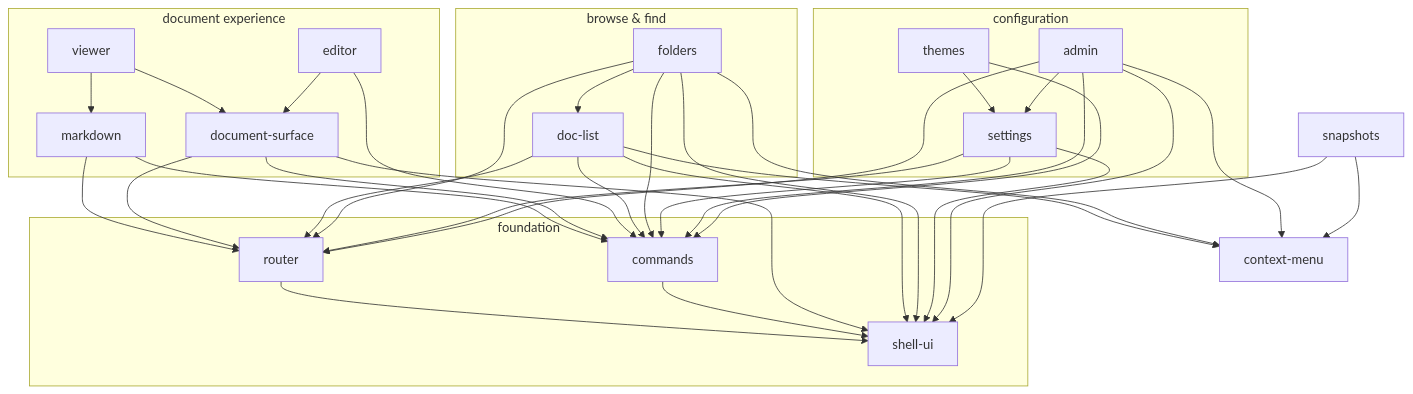
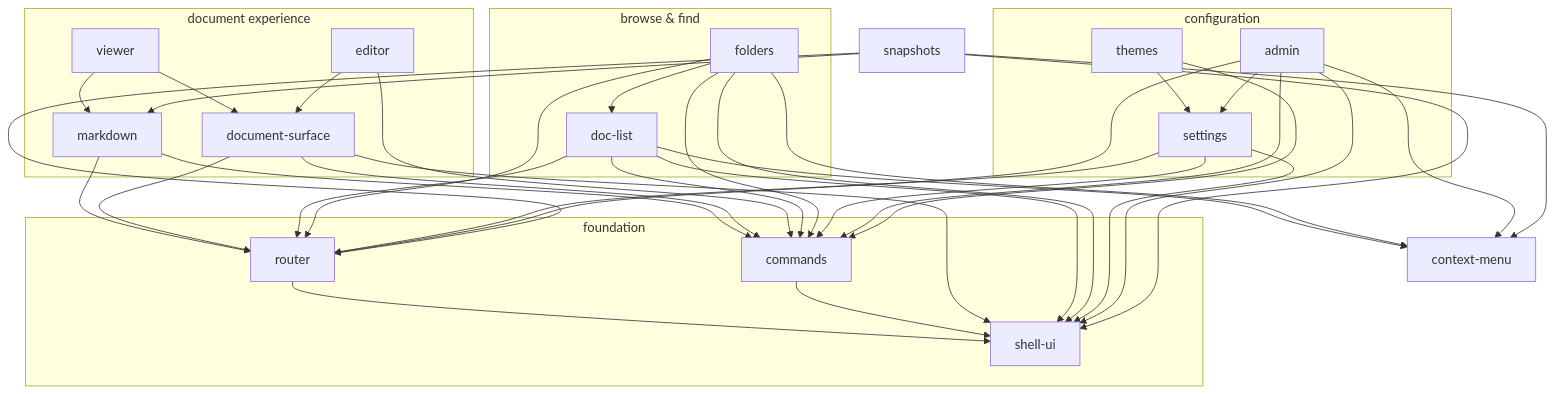
One commit to hamolicious/ddd changed the diagram in plugins/base/README.md. Above: the diagram before and after it, drawn with Mermaid. The commit also changed 24 other files, not shown here.

````diff
--- a/plugins/base/README.md
+++ b/plugins/base/README.md
@@ -64,32 +64,32 @@
 ```mermaid
 flowchart TD
     subgraph documents ["document experience"]
         viewer --> markdown
         viewer --> document-surface
         editor --> document-surface
     end
 
     subgraph browse ["browse & find"]
         folders --> doc-list
     end
 
     subgraph config ["configuration"]
         themes --> settings
         admin --> settings
     end
 
     subgraph foundation ["foundation"]
         router --> shell-ui
         commands --> shell-ui
     end
 
     markdown --> commands & router
     document-surface --> commands & router & shell-ui
     editor --> commands
     doc-list --> commands & context-menu & router & shell-ui
     folders --> commands & context-menu & router & shell-ui
     settings --> commands & router & shell-ui
     admin --> commands & context-menu & router & shell-ui
-    snapshots --> context-menu & shell-ui
+    snapshots --> context-menu & markdown & router & shell-ui
     themes --> commands
 ```
````
